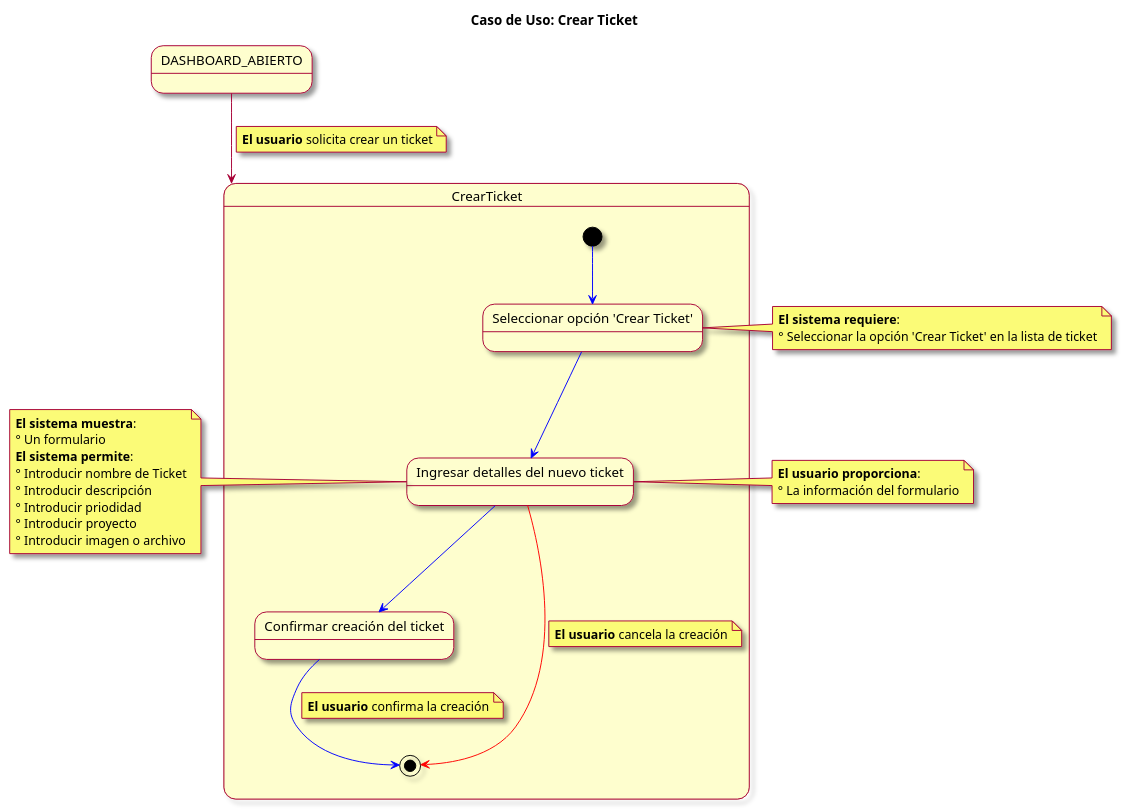
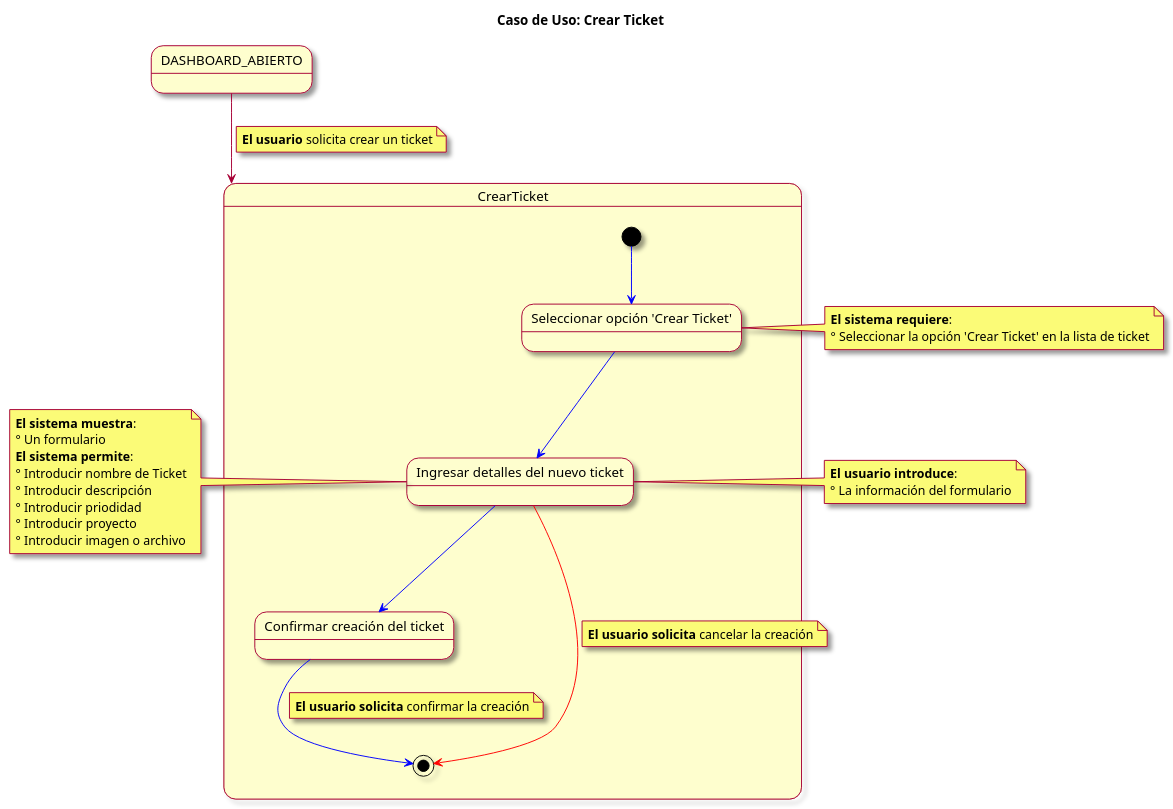
The diagram in modelosUML/CasosDeUsos/CasosDetallados/CrearTicket.puml (mmasias/23-24-IdSw1-SDR), drawn with PlantUML before and after one commit. The commit also changed 8 other files, not shown here.

```diff
--- a/modelosUML/CasosDeUsos/CasosDetallados/CrearTicket.puml
+++ b/modelosUML/CasosDeUsos/CasosDetallados/CrearTicket.puml
@@ -1,45 +1,45 @@
 @startuml
 skin rose
 title Caso de Uso: Crear Ticket
 
 state DASHBOARD_ABIERTO
 
 DASHBOARD_ABIERTO --> CrearTicket
 note on link: **El usuario** solicita crear un ticket
 
 state CrearTicket {
   [*] -[#blue]-> seleccionarOpcionCrear
   state "Seleccionar opción 'Crear Ticket'" as seleccionarOpcionCrear
   seleccionarOpcionCrear -[#blue]-> ingresarDetallesTicket
   state "Ingresar detalles del nuevo ticket" as ingresarDetallesTicket
   ingresarDetallesTicket -[#blue]-> confirmarCreacionTicket
   state "Confirmar creación del ticket" as confirmarCreacionTicket
   confirmarCreacionTicket -[#blue]-> [*]
-  note on link: **El usuario** confirma la creación
+  note on link: **El usuario solicita** confirmar la creación
   
   ingresarDetallesTicket -[#red]-> [*]
-  note on link: **El usuario** cancela la creación
+  note on link: **El usuario solicita** cancelar la creación
 }
 
 note left of ingresarDetallesTicket
   **El sistema muestra**: 
   ° Un formulario
   **El sistema permite**:
   ° Introducir nombre de Ticket
   ° Introducir descripción
   ° Introducir priodidad
   ° Introducir proyecto
   ° Introducir imagen o archivo
 end note
 
 note right of ingresarDetallesTicket
-  **El usuario proporciona**: 
+  **El usuario introduce**: 
   ° La información del formulario
 end note
 
 note left of seleccionarOpcionCrear
   **El sistema requiere**:
   ° Seleccionar la opción 'Crear Ticket' en la lista de ticket
 end note
 
 @enduml
```
